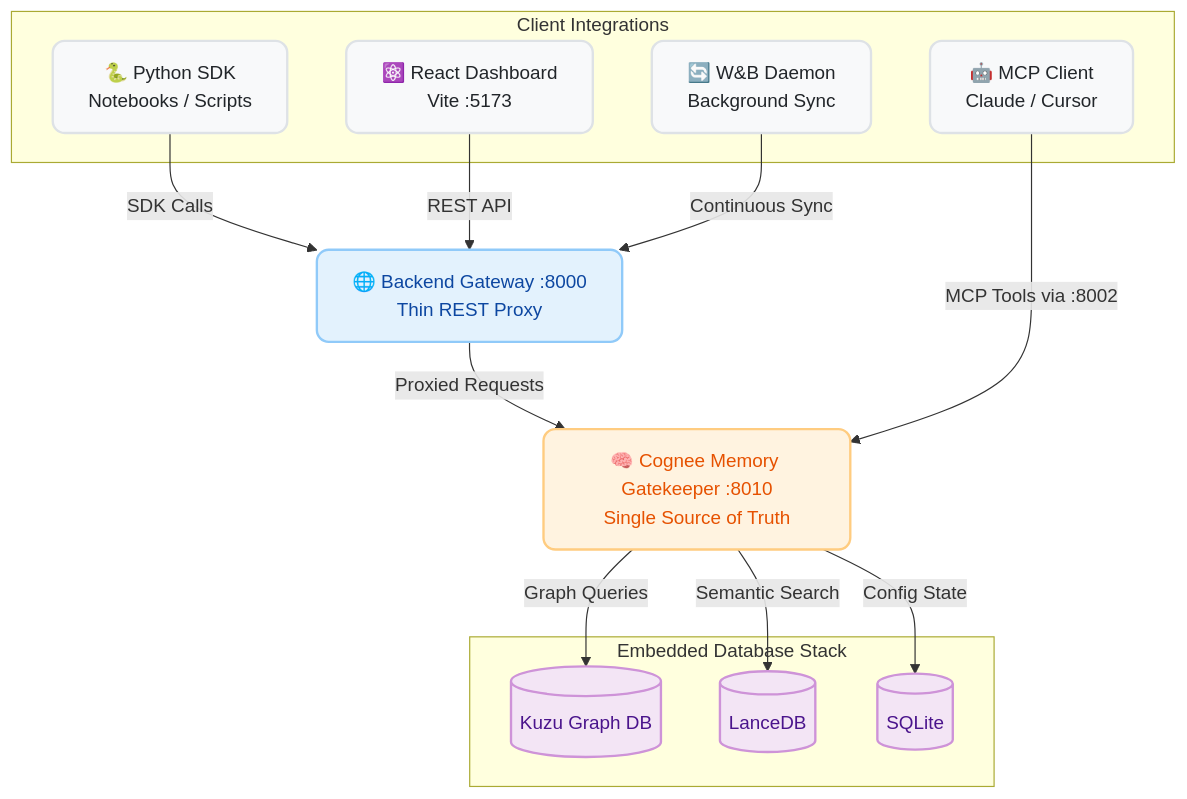
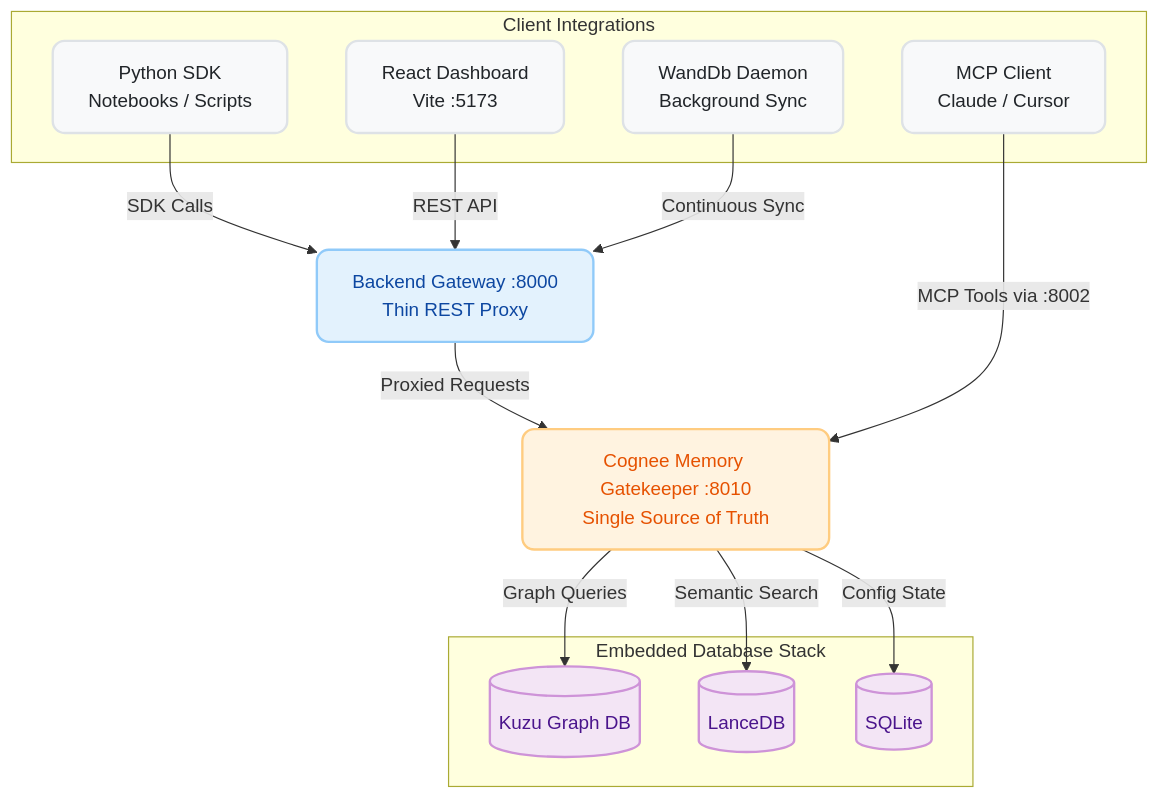
One commit to Team-Moov/cognee-hackathon changed the diagram in README.md. Above: the diagram before and after it, drawn with Mermaid. The commit also changed other lines of this file, not shown here.

Commit message:
Remove emojis, update W&B to WandDb, and remove license section

````diff
--- a/README.md
+++ b/README.md
@@ -39,40 +39,40 @@
 ```mermaid
 graph TD
     %% Define styles
     classDef client fill:#f8f9fa,stroke:#dee2e6,stroke-width:2px,color:#212529,rx:10px,ry:10px;
     classDef gateway fill:#e3f2fd,stroke:#90caf9,stroke-width:2px,color:#0d47a1,rx:10px,ry:10px;
     classDef core fill:#fff3e0,stroke:#ffcc80,stroke-width:2px,color:#e65100,rx:10px,ry:10px;
     classDef db fill:#f3e5f5,stroke:#ce93d8,stroke-width:2px,color:#4a148c,rx:10px,ry:10px;
 
     %% Client Layer
     subgraph Clients["Client Integrations"]
-        A[🐍 Python SDK<br>Notebooks / Scripts]:::client
-        B[⚛️ React Dashboard<br>Vite :5173]:::client
-        C[🤖 MCP Client<br>Claude / Cursor]:::client
-        D[🔄 W&B Daemon<br>Background Sync]:::client
+        A[Python SDK<br>Notebooks / Scripts]:::client
+        B[React Dashboard<br>Vite :5173]:::client
+        C[MCP Client<br>Claude / Cursor]:::client
+        D[WandDb Daemon<br>Background Sync]:::client
     end
 
     %% API Gateway Layer
-    E[🌐 Backend Gateway :8000<br>Thin REST Proxy]:::gateway
+    E[Backend Gateway :8000<br>Thin REST Proxy]:::gateway
     
     %% Core Engine
-    F[🧠 Cognee Memory Gatekeeper :8010<br>Single Source of Truth]:::core
+    F[Cognee Memory Gatekeeper :8010<br>Single Source of Truth]:::core
 
     %% Storage Layer
     subgraph Storage["Embedded Database Stack"]
         G[(Kuzu Graph DB)]:::db
         H[(LanceDB)]:::db
         I[(SQLite)]:::db
     end
 
     %% Connections
     A -->|SDK Calls| E
     B -->|REST API| E
     D -->|Continuous Sync| E
     E -->|Proxied Requests| F
     C -->|MCP Tools via :8002| F
 
     F -->|Graph Queries| G
     F -->|Semantic Search| H
     F -->|Config State| I
 ```
````
